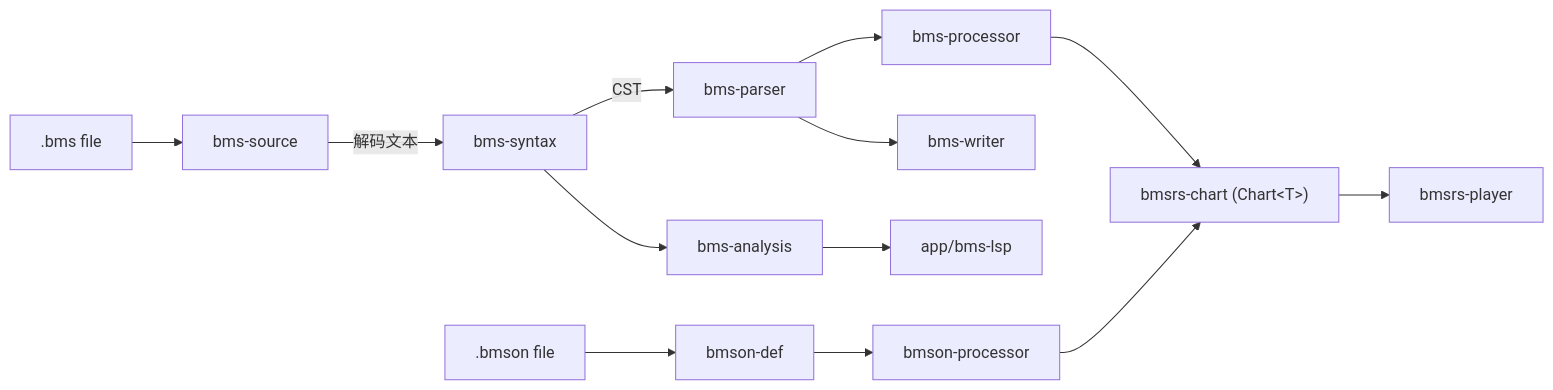
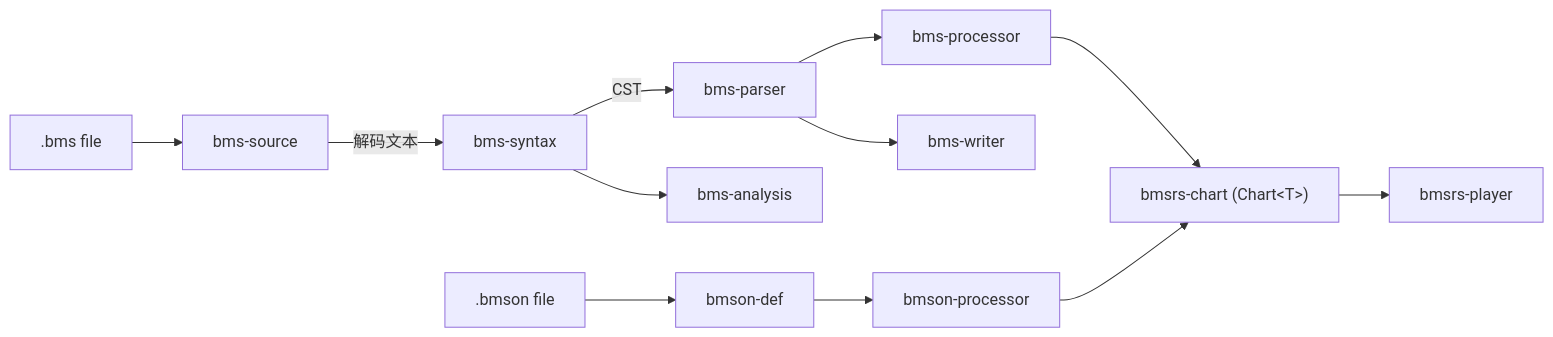
One commit to brightmeows/bmsrs changed the diagram in AGENTS.md. Above: the diagram before and after it, drawn with Mermaid. The commit also changed other lines of this file and 11 other files, not shown here.

First line of the commit message:
refactor(lsp): 拆出 bms-lsp 到独立仓库

````diff
--- a/AGENTS.md
+++ b/AGENTS.md
@@ -12,17 +12,16 @@
 ```mermaid
 flowchart LR
     BMS[".bms file"] --> Src[bms-source]
     Src -->|解码文本| Syn[bms-syntax]
     Syn -->|CST| Par[bms-parser]
     Par --> BProc[bms-processor]
     Par --> Writer[bms-writer]
     Syn --> Analysis[bms-analysis]
-    Analysis --> LSP[app/bms-lsp]
 
     BMSON[".bmson file"] --> BDef[bmson-def]
     BDef --> BMProc[bmson-processor]
 
     BProc --> Chart["bmsrs-chart (Chart&lt;T&gt;)"]
     BMProc --> Chart
     Chart --> Player[bmsrs-player]
 ```
````
